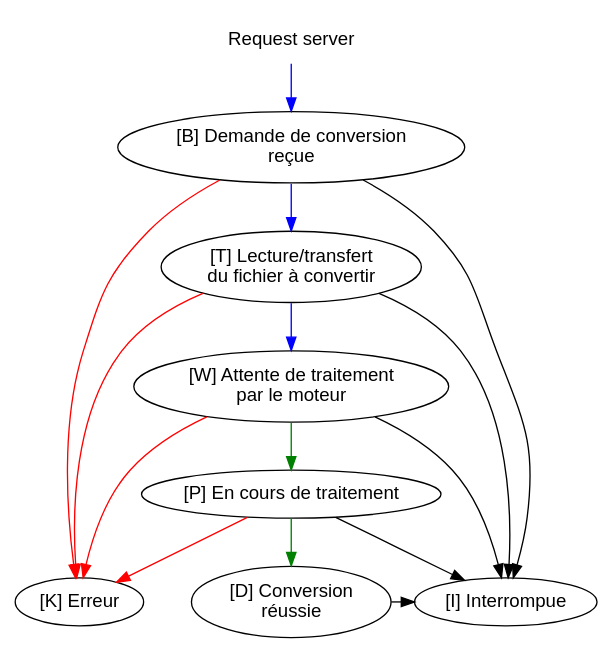
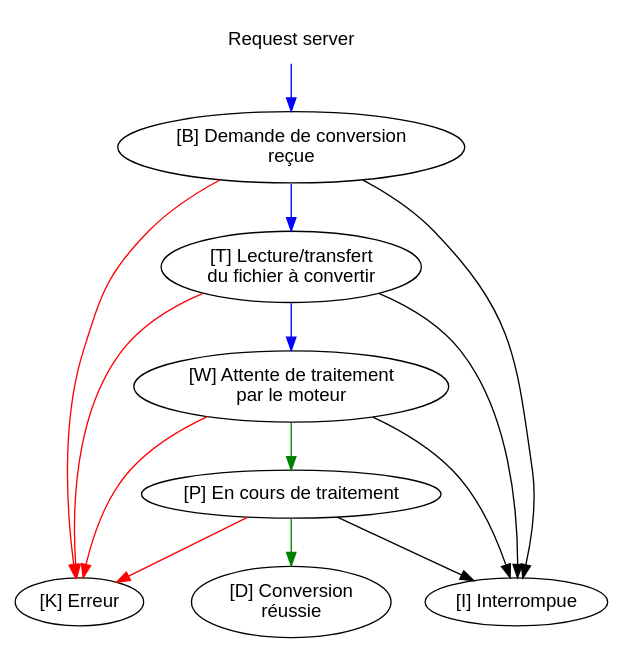
The diagram in Contents/images/te-task-workflow.dot (Eric-Brison/dynacase-doc-tengine-installation-operating), drawn with Graphviz before and after one commit. The commit also changed 16 other files, not shown here.

```diff
--- a/Contents/images/te-task-workflow.dot
+++ b/Contents/images/te-task-workflow.dot
@@ -1,36 +1,35 @@
 digraph D {
 	node [fontname="Liberation Sans"];
 
 	"CONVERT" [label="Request server",style=filled,color=transparent,fillcolor=transparent];
 	"B" [label="[B] Demande de conversion\nreçue"];
 	"T" [label="[T] Lecture/transfert\ndu fichier à convertir"];
 	"W" [label="[W] Attente de traitement\npar le moteur"];
 	"P" [label="[P] En cours de traitement"];
 	"K" [label="[K] Erreur"];
 	"D" [label="[D] Conversion\nréussie"];
 	"I" [label="[I] Interrompue"];
 
 	{
 		edge [color=blue];
 		"CONVERT" -> "B" -> "T" -> "W";
 
 		edge [color=green];
 		"W" -> "P" -> "D";
 
 		edge [color=red];
 		"B" -> "K";
 		"T" -> "K";
 		"W" -> "K";
 		"P" -> "K";
 
 		edge [color=black];
 		"B" -> "I";
 		"T" -> "I";
 		"W" -> "I";
 		"P" -> "I";
-		"D" -> "I";
 	
 	}
 
 	{ rank=same; "K" "D" "I" }
 }
```
